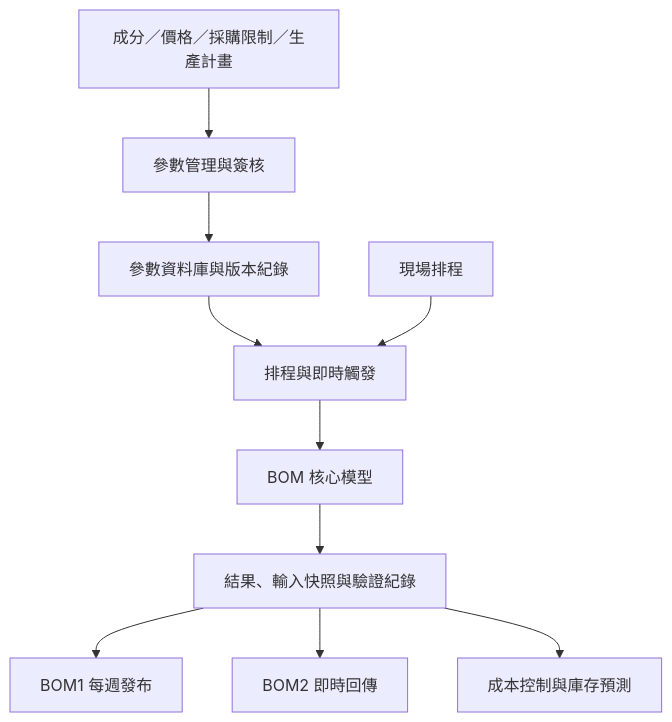
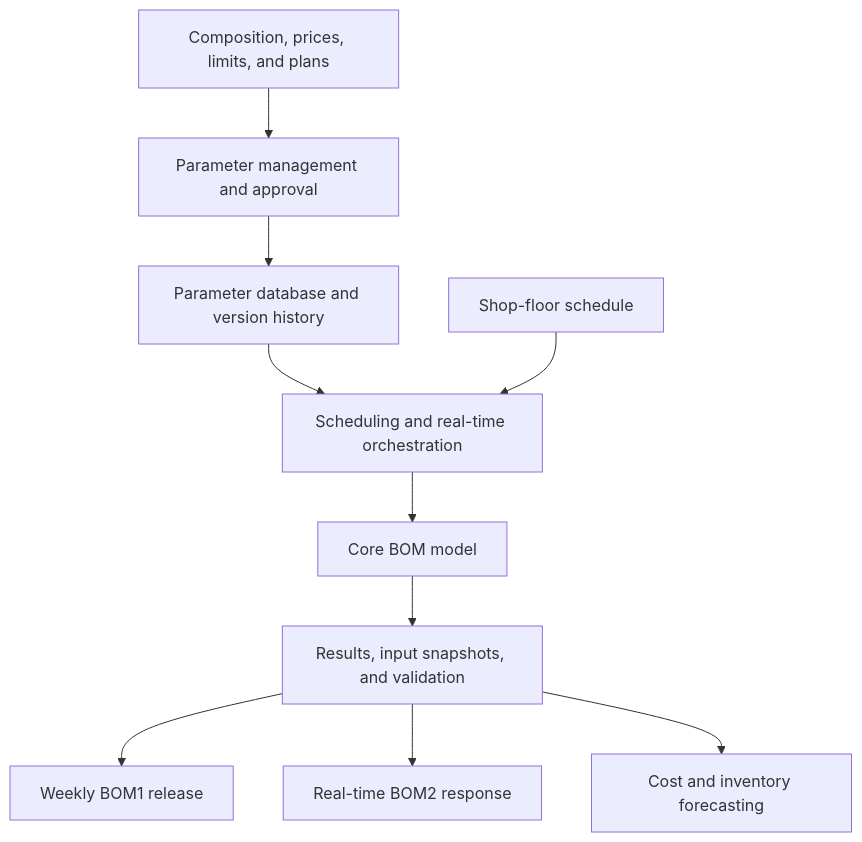
Before and after one commit to ChienChienChien/BOM_Management_Platform: the diagram in README.md, drawn with Mermaid. The commit also changed other lines of this file, not shown here.

````diff
--- a/README.md
+++ b/README.md
@@ -43,12 +43,12 @@
 ```mermaid
 flowchart TB
-    A["成分／價格／採購限制／生產計畫"] --> E["參數管理與簽核"]
-    E --> F["參數資料庫與版本紀錄"]
-    F --> G["排程與即時觸發"]
-    H["現場排程"] --> G
-    G --> I["BOM 核心模型"]
-    I --> J["結果、輸入快照與驗證紀錄"]
-    J --> K["BOM1 每週發布"]
-    J --> L["BOM2 即時回傳"]
-    J --> M["成本控制與庫存預測"]
+    A["Composition, prices, limits, and plans"] --> E["Parameter management and approval"]
+    E --> F["Parameter database and version history"]
+    F --> G["Scheduling and real-time orchestration"]
+    H["Shop-floor schedule"] --> G
+    G --> I["Core BOM model"]
+    I --> J["Results, input snapshots, and validation"]
+    J --> K["Weekly BOM1 release"]
+    J --> L["Real-time BOM2 response"]
+    J --> M["Cost and inventory forecasting"]
 ```
````
